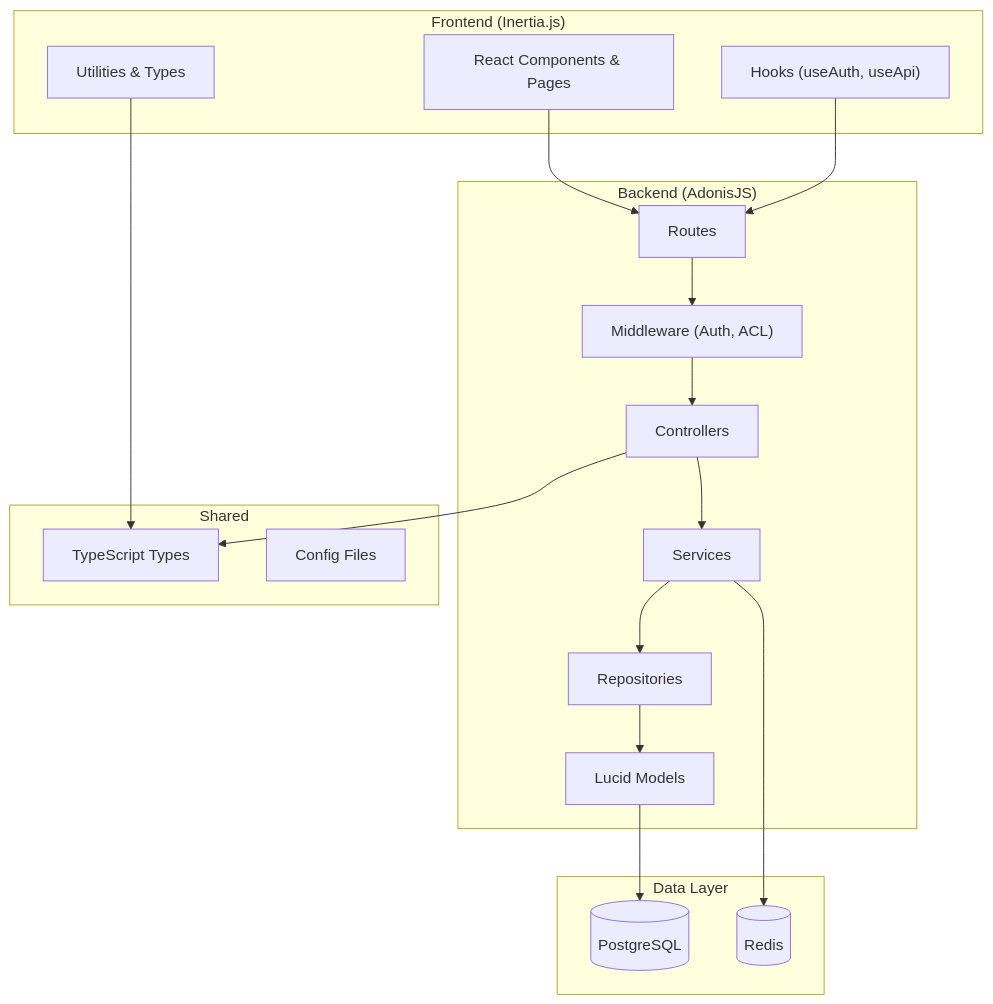
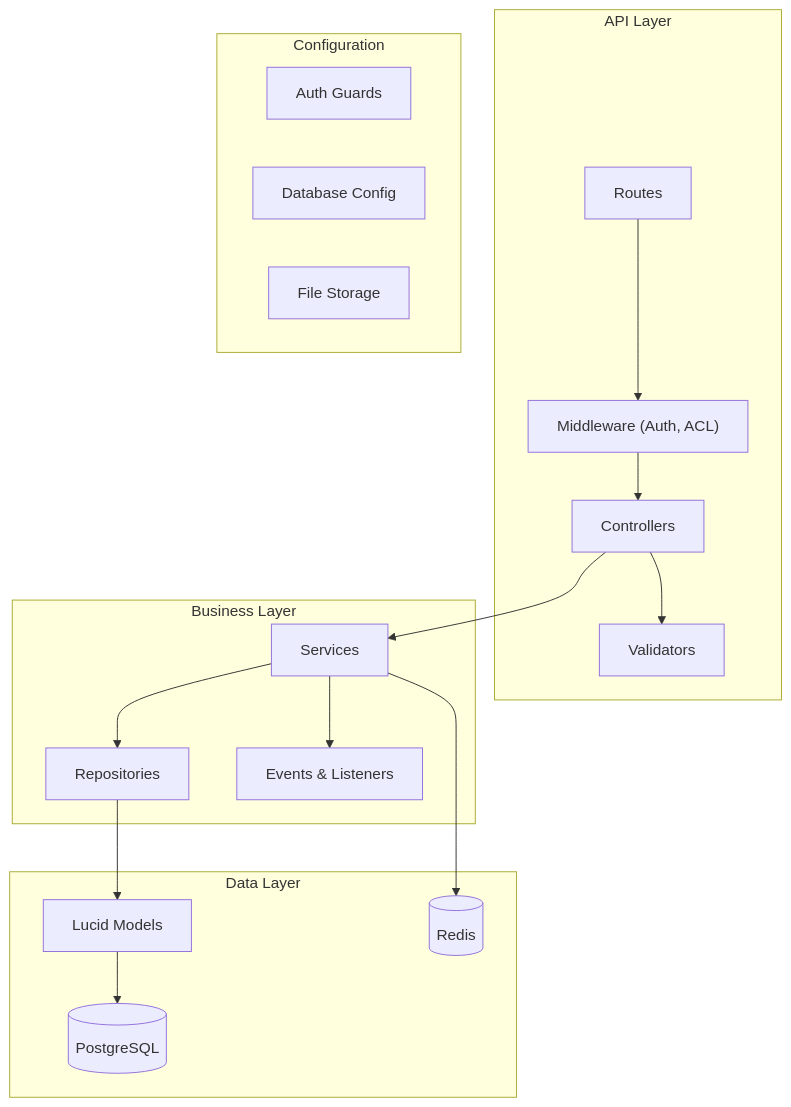
One commit to gabrielmaialva33/adonis-kit changed the diagram in README.md. Above: the diagram before and after it, drawn with Mermaid. The commit also changed other lines of this file and 1 other file, not shown here.

Commit message:
chore: update README to reflect migration from Adonis Web Kit to Adonis Kit and API-only focus

````diff
--- a/README.md
+++ b/README.md
@@ -42,41 +41,37 @@
 ```mermaid
 graph TD
-    subgraph "Frontend (Inertia.js)"
-        FE_UI[React Components & Pages]
-        FE_HOOKS["Hooks (useAuth, useApi)"]
-        FE_UTILS[Utilities & Types]
+    subgraph "API Layer"
+        API_ROUTES[Routes]
+        API_MW["Middleware (Auth, ACL)"]
+        API_CTRL[Controllers]
+        API_VALIDATORS[Validators]
     end
 
-    subgraph "Backend (AdonisJS)"
-        BE_ROUTES[Routes]
-        BE_MW["Middleware (Auth, ACL)"]
-        BE_CTRL[Controllers]
-        BE_SERVICES[Services]
-        BE_REPOS[Repositories]
-        BE_MODELS[Lucid Models]
-    end
-
-    subgraph "Shared"
-        SHARED_TYPES[TypeScript Types]
-        SHARED_CONFIG[Config Files]
+    subgraph "Business Layer"
+        BL_SERVICES[Services]
+        BL_REPOS[Repositories]
+        BL_EVENTS[Events & Listeners]
     end
 
     subgraph "Data Layer"
-        DB[(PostgreSQL)]
-        CACHE[(Redis)]
+        DL_MODELS[Lucid Models]
+        DL_DB[(PostgreSQL)]
+        DL_CACHE[(Redis)]
     end
 
-    FE_UI --> BE_ROUTES
-    BE_ROUTES --> BE_MW
-    BE_MW --> BE_CTRL
-    BE_CTRL --> BE_SERVICES
-    BE_SERVICES --> BE_REPOS
-    BE_REPOS --> BE_MODELS
-    BE_MODELS --> DB
+    subgraph "Configuration"
+        CONF_AUTH[Auth Guards]
+        CONF_DB[Database Config]
+        CONF_STORAGE[File Storage]
+    end
 
-    BE_SERVICES --> CACHE
-    FE_HOOKS --> BE_ROUTES
-
-    FE_UTILS --> SHARED_TYPES
-    BE_CTRL --> SHARED_TYPES
+    API_ROUTES --> API_MW
+    API_MW --> API_CTRL
+    API_CTRL --> API_VALIDATORS
+    API_CTRL --> BL_SERVICES
+    BL_SERVICES --> BL_REPOS
+    BL_SERVICES --> BL_EVENTS
+    BL_REPOS --> DL_MODELS
+    DL_MODELS --> DL_DB
+    BL_SERVICES --> DL_CACHE
 ```
````
